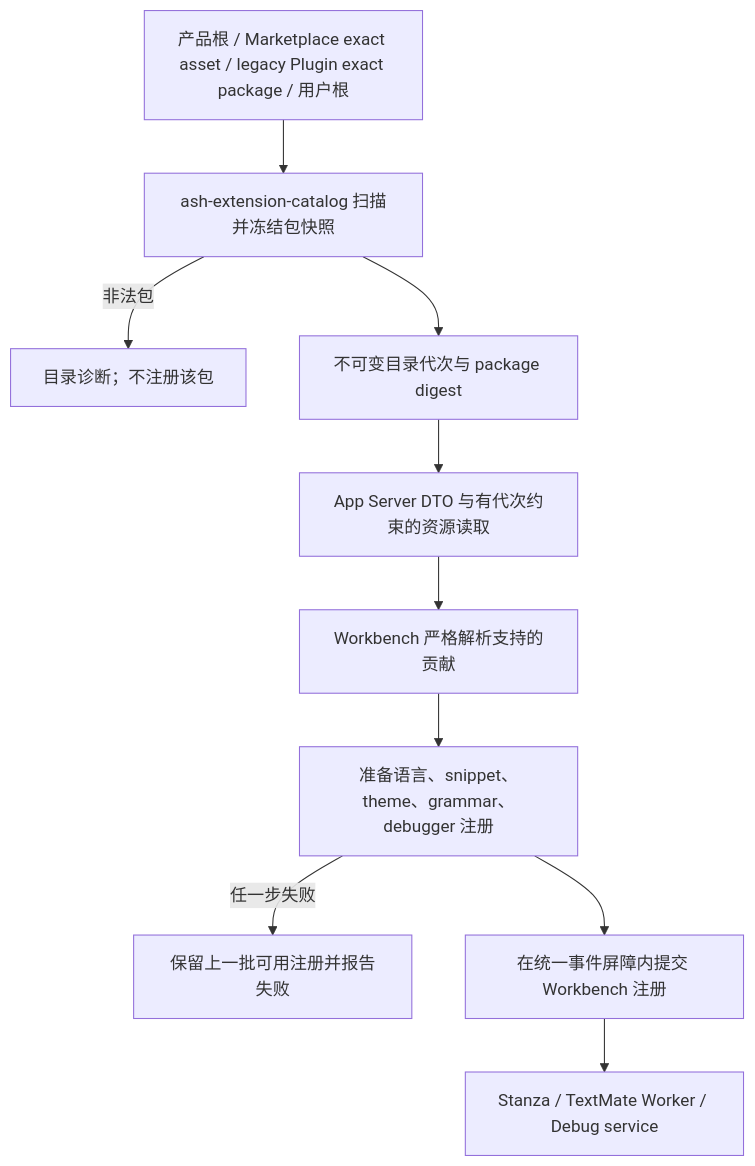
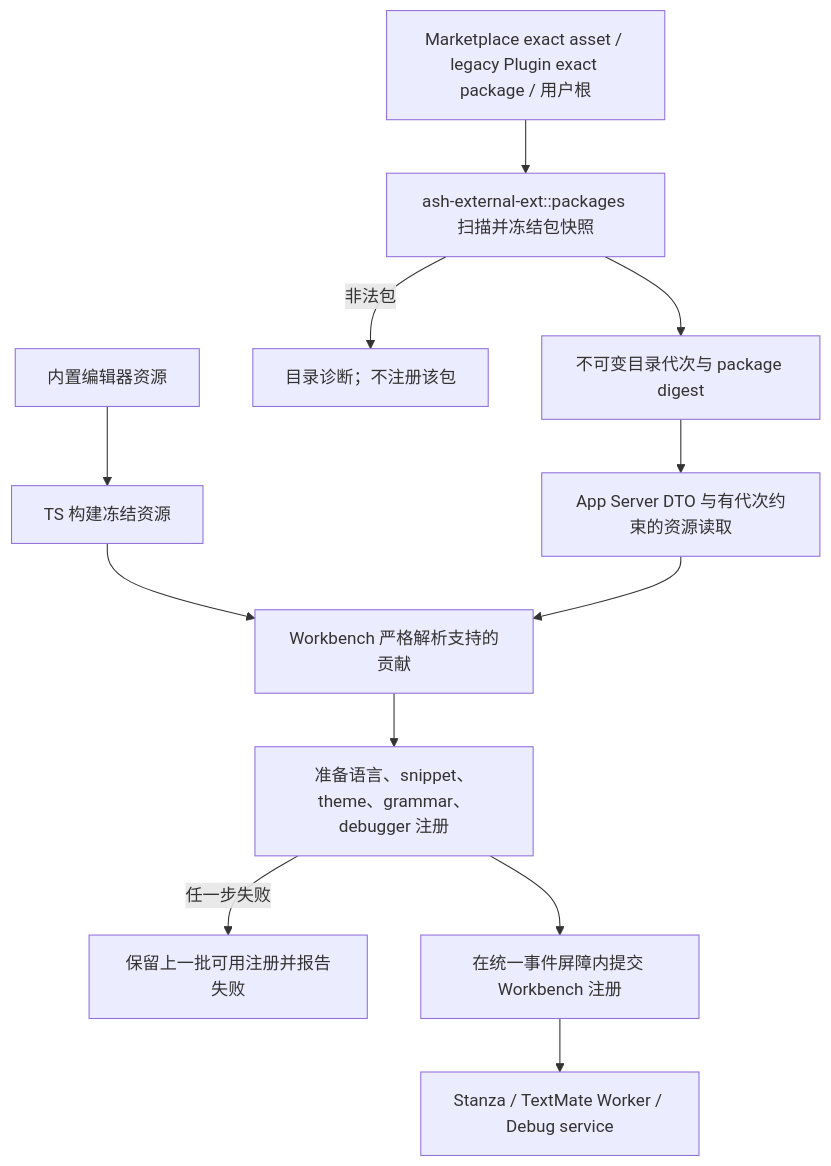
The third of 4 diagrams in docs/editor-extensions.md (chogng/ash), drawn with Mermaid before and after one commit. The commit also changed other lines of this file and 48 other files, not shown here.

First line of the commit message:
refactor(extensions): move catalog into external extension host

````diff
--- a/docs/editor-extensions.md
+++ b/docs/editor-extensions.md
@@ -433,12 +433,14 @@
 ```mermaid
 flowchart TD
-    package["产品根 / Marketplace exact asset / legacy Plugin exact package / 用户根"] --> scan["ash-extension-catalog 扫描并冻结包快照"]
+    builtin["内置编辑器资源"] --> build["TS 构建冻结资源"]
+    build --> parse
+    package["Marketplace exact asset / legacy Plugin exact package / 用户根"] --> scan["ash-external-ext::packages 扫描并冻结包快照"]
     scan -->|非法包| diagnostic["目录诊断；不注册该包"]
     scan --> catalog["不可变目录代次与 package digest"]
     catalog --> protocol["App Server DTO 与有代次约束的资源读取"]
     protocol --> parse["Workbench 严格解析支持的贡献"]
     parse --> prepare["准备语言、snippet、theme、grammar、debugger 注册"]
     prepare -->|任一步失败| previous["保留上一批可用注册并报告失败"]
     prepare --> commit["在统一事件屏障内提交 Workbench 注册"]
     commit --> consumers["Stanza / TextMate Worker / Debug service"]
 ```
````
